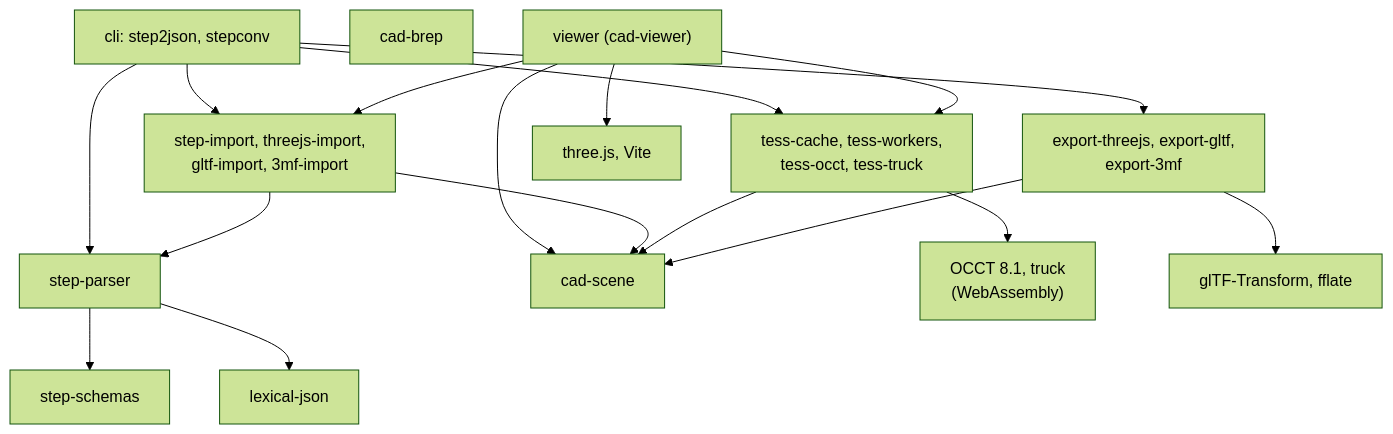
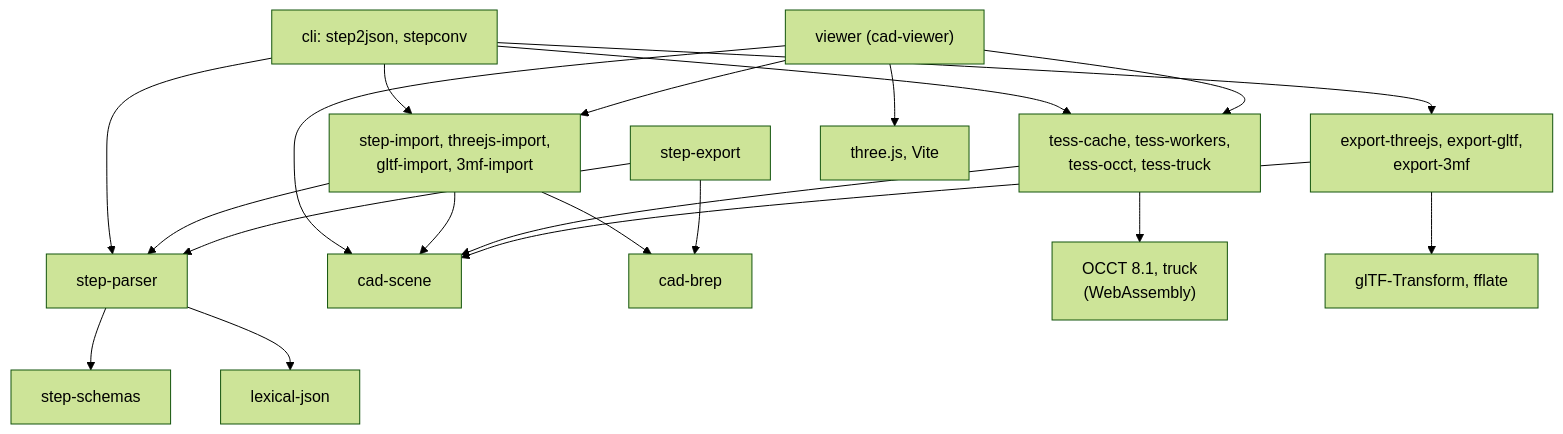
One commit to martyvona/cad-io-js changed the first of 6 diagrams in README.md. Above: the diagram before and after it, drawn with Mermaid (forest theme). The commit also changed other lines of this file and 17 other files, not shown here.

````diff
--- a/README.md
+++ b/README.md
@@ -421,23 +421,26 @@
 ```mermaid
 flowchart TD
   cli["cli: step2json, stepconv"]
   imp["step-import, threejs-import,<br/>gltf-import, 3mf-import"]
   parser["step-parser"]
   schemas["step-schemas"]
   ljson["lexical-json"]
   tess["tess-cache, tess-workers,<br/>tess-occt, tess-truck"]
   exp["export-threejs, export-gltf,<br/>export-3mf"]
   scene["cad-scene"]
   brep["cad-brep"]
+  sexp["step-export"]
   viewer["viewer (cad-viewer)"]
   cli --> imp & tess & exp
   viewer --> imp & tess & scene
   viewer --> three["three.js, Vite"]
   cli --> parser
   imp --> parser & scene
+  imp --> brep
+  sexp --> brep & parser
   parser --> schemas & ljson
   tess --> scene
   exp --> scene
   tess --> wasm["OCCT 8.1, truck<br/>(WebAssembly)"]
   exp --> libs["glTF-Transform, fflate"]
 ```
````
